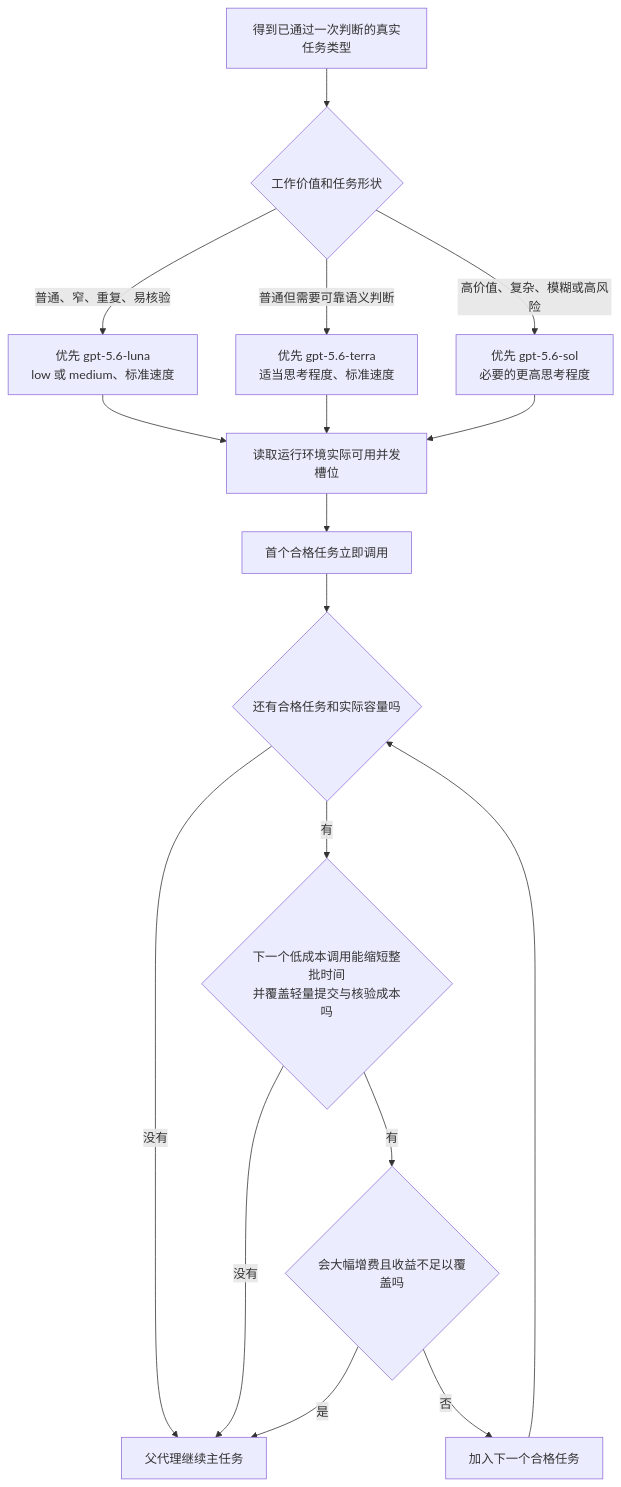
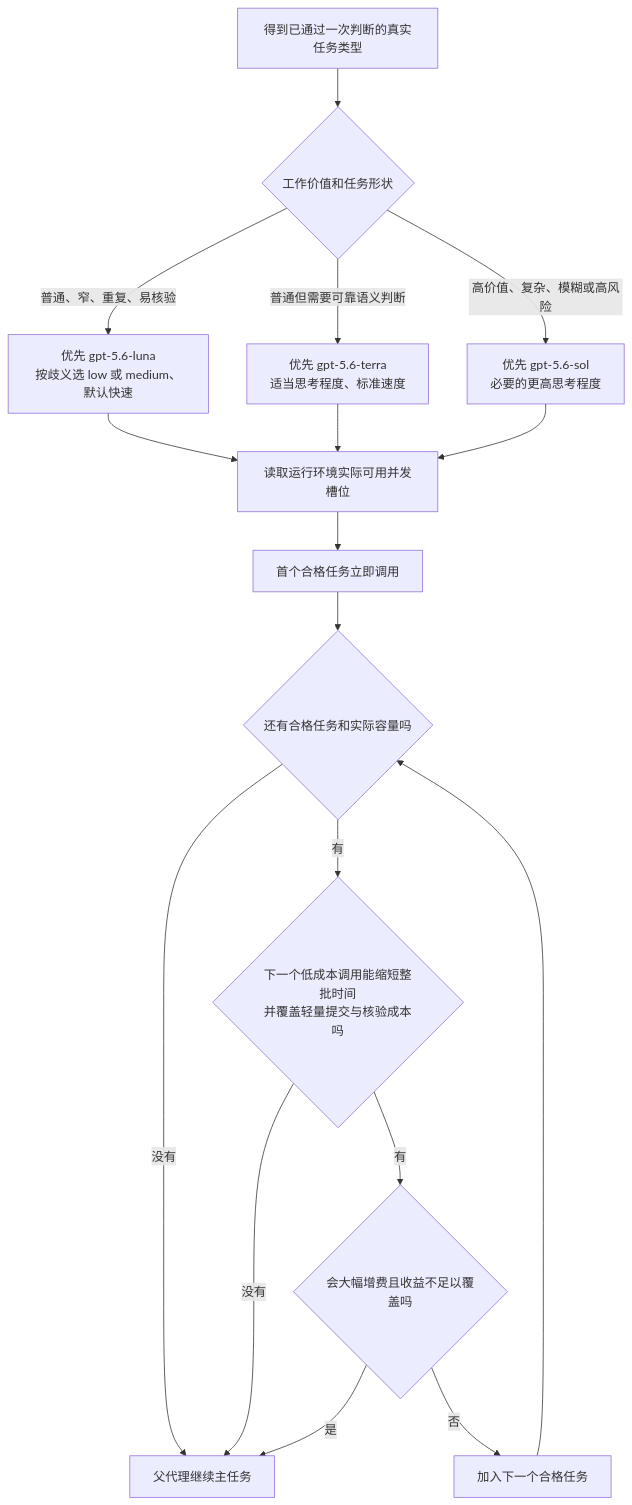
The third of 13 diagrams in skills/lean-stack/references/flowcharts-zh.md (Lang45/codex-lean-stack), drawn with Mermaid before and after one commit. The commit also changed other lines of this file and 20 other files, not shown here.

````diff
--- a/skills/lean-stack/references/flowcharts-zh.md
+++ b/skills/lean-stack/references/flowcharts-zh.md
@@ -263,19 +266,19 @@
 ```mermaid
 flowchart TD
     A[得到已通过一次判断的真实任务类型] --> A0{工作价值和任务形状}
-    A0 -->|普通、窄、重复、易核验| AL[优先 gpt-5.6-luna<br/>low 或 medium、标准速度]
+    A0 -->|普通、窄、重复、易核验| AL[优先 gpt-5.6-luna<br/>按歧义选 low 或 medium、默认快速]
     A0 -->|普通但需要可靠语义判断| AT[优先 gpt-5.6-terra<br/>适当思考程度、标准速度]
     A0 -->|高价值、复杂、模糊或高风险| AS[优先 gpt-5.6-sol<br/>必要的更高思考程度]
     AL --> B[读取运行环境实际可用并发槽位]
     AT --> B
     AS --> B
     B --> C[首个合格任务立即调用]
     C --> D{还有合格任务和实际容量吗}
     D -->|没有| E[父代理继续主任务]
     D -->|有| F{下一个低成本调用能缩短整批时间<br/>并覆盖轻量提交与核验成本吗}
     F -->|没有| E
     F -->|有| G{会大幅增费且收益不足以覆盖吗}
     G -->|是| E
     G -->|否| H[加入下一个合格任务]
     H --> D
 ```
````
